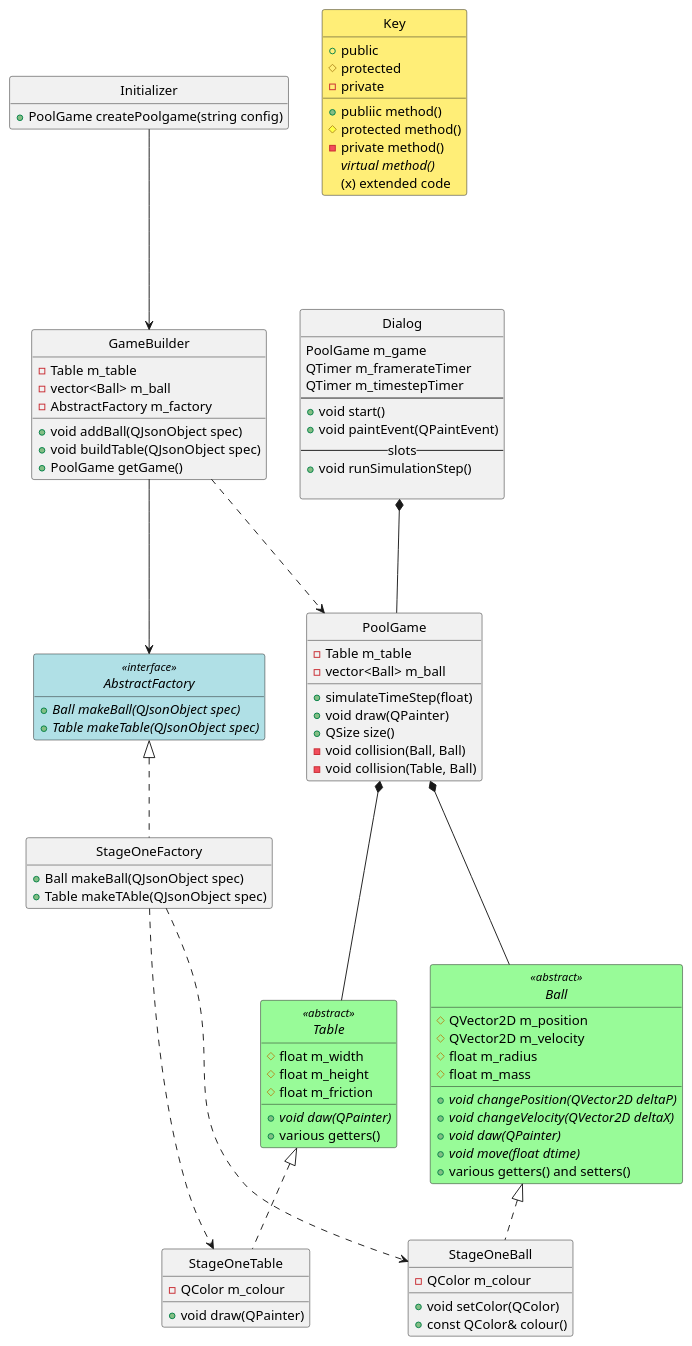
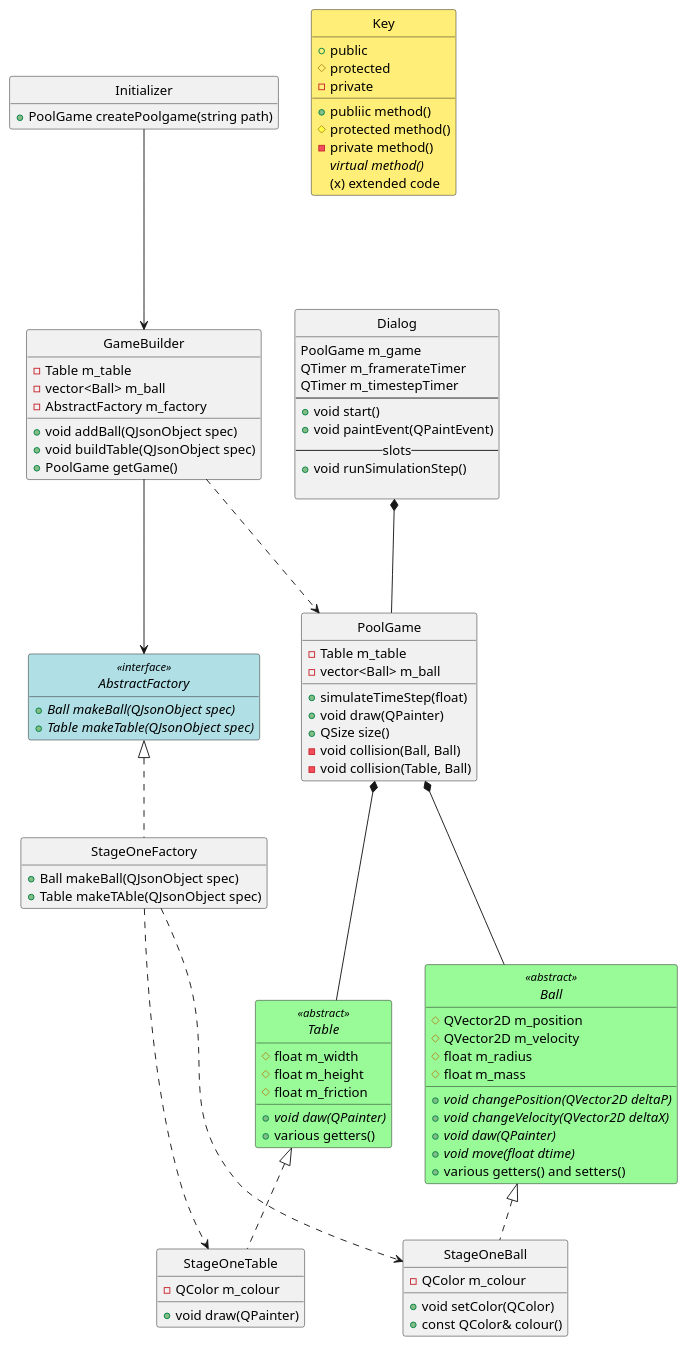
Before and after one commit to KittenHero/QtPoolGame: the diagram in class.puml, drawn with PlantUML.

Commit message:
fixed annotation mistake

```diff
--- a/class.puml
+++ b/class.puml
@@ -1,120 +1,120 @@
 @startuml
 
 interface AbstractFactory <<interface>> {
     +{abstract} Ball makeBall(QJsonObject spec)
     +{abstract} Table makeTable(QJsonObject spec)
 }
 
 class StageOneFactory {
     +Ball makeBall(QJsonObject spec)
     +Table makeTAble(QJsonObject spec)
 }
 
 class GameBuilder {
     -Table m_table
     -vector<Ball> m_ball
     -AbstractFactory m_factory
     
     +void addBall(QJsonObject spec)
     +void buildTable(QJsonObject spec)
     +PoolGame getGame()
 }
 
 class Initializer {
-    +PoolGame createPoolgame(string config)
+    +PoolGame createPoolgame(string path)
 }
 
 class Dialog {
     PoolGame m_game
     QTimer m_framerateTimer
     QTimer m_timestepTimer
     --
     +void start()
     +void paintEvent(QPaintEvent)
     --slots--
     +void runSimulationStep()
     
 }
 
 class PoolGame {
     -Table m_table
     -vector<Ball> m_ball
 
     +simulateTimeStep(float)
     +void draw(QPainter)
     +QSize size()
     -void collision(Ball, Ball)
     -void collision(Table, Ball)
 }
 
 abstract class Ball <<abstract>> {
     #QVector2D m_position
     #QVector2D m_velocity
     #float m_radius
     #float m_mass
     
     +{abstract} void changePosition(QVector2D deltaP)
     +{abstract} void changeVelocity(QVector2D deltaX)
     +{abstract} void daw(QPainter)
     +{abstract} void move(float dtime)
     +various getters() and setters()
 }
 
 abstract class Table <<abstract>> {
     #float m_width
     #float m_height
     #float m_friction
     
     +{abstract} void daw(QPainter)
     +various getters()
 }
 
 class StageOneBall {
     -QColor m_colour
     
     +void setColor(QColor)
     +const QColor& colour()
 }
 
 class StageOneTable {
     -QColor m_colour
     +void draw(QPainter)
 }
 
 
 Initializer     --->    GameBuilder
 
 GameBuilder     --->    AbstractFactory
 GameBuilder     ...>    PoolGame
 
 Dialog          *---    PoolGame
 PoolGame        *---    Table
 PoolGame        *---    Ball
 Table           <|..    StageOneTable
 Ball            <|..    StageOneBall
 
 AbstractFactory <|..    StageOneFactory
 StageOneFactory ...>    StageOneBall
 StageOneFactory ...>    StageOneTable
 
 
 class Key #ffee77 {
 	+public
 	#protected
 	-private
 	+publiic method()
 	#protected method()
 	-private method()
 	{abstract} virtual method()
 	(x) extended code
 }
 
 skinparam Class {
 	BackgroundColor<<abstract>> PaleGreen
 	BackgroundColor<<interface>> PowderBlue
 }
 
 hide circle
 hide empty members
 
 @enduml
```
